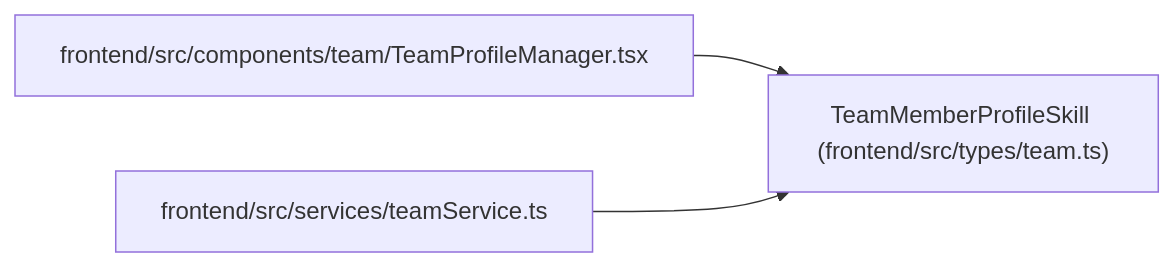
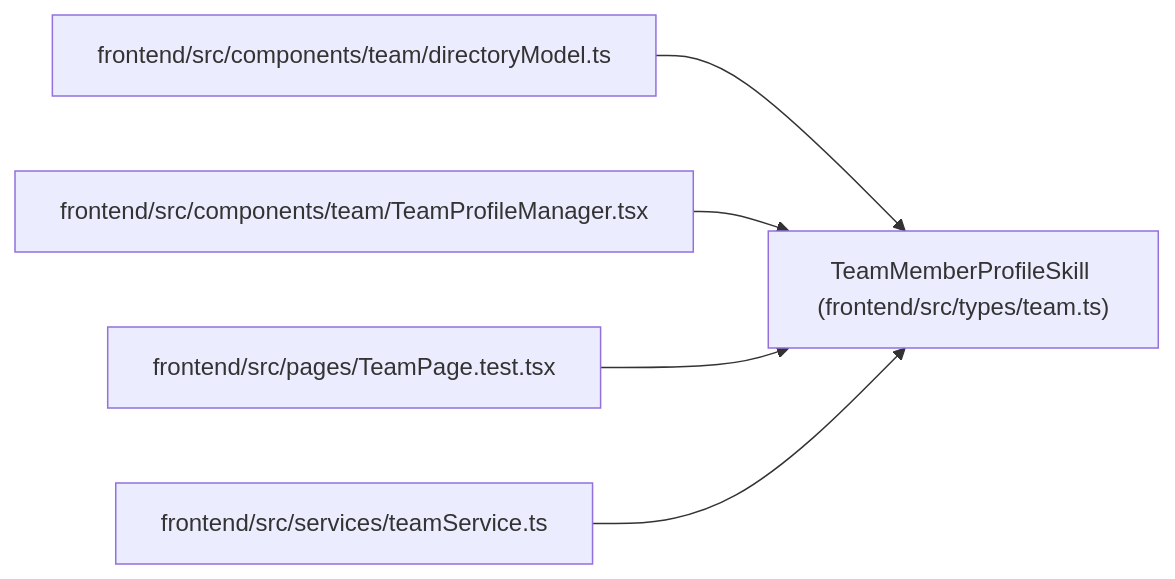
Before and after one commit to Denissvgn/WorkChord: the diagram in docs/llm_wiki/entities/types_team_TeamMemberProfileSkill.md, drawn with Mermaid. The commit also changed other lines of this file and 2373 other files, not shown here.

````diff
--- a/docs/llm_wiki/entities/types_team_TeamMemberProfileSkill.md
+++ b/docs/llm_wiki/entities/types_team_TeamMemberProfileSkill.md
@@ -36,11 +36,17 @@
 ```mermaid
 flowchart LR
     n0["TeamMemberProfileSkill (frontend/src/types/team.ts)"]
-    n1["frontend/src/components/team/TeamProfileManager.tsx"]
-    n2["frontend/src/services/teamService.ts"]
+    n1["frontend/src/components/team/directoryModel.ts"]
+    n2["frontend/src/components/team/TeamProfileManager.tsx"]
+    n3["frontend/src/pages/TeamPage.test.tsx"]
+    n4["frontend/src/services/teamService.ts"]
     n1 --> n0
     n2 --> n0
+    n3 --> n0
+    n4 --> n0
     click n0 "../modules/types_team.md"
-    click n1 "../modules/TeamProfileManager.md"
-    click n2 "../modules/teamService.md"
+    click n1 "../modules/directoryModel.md"
+    click n2 "../modules/TeamProfileManager.md"
+    click n3 "../modules/TeamPage.test.md"
+    click n4 "../modules/teamService.md"
 ```
````
